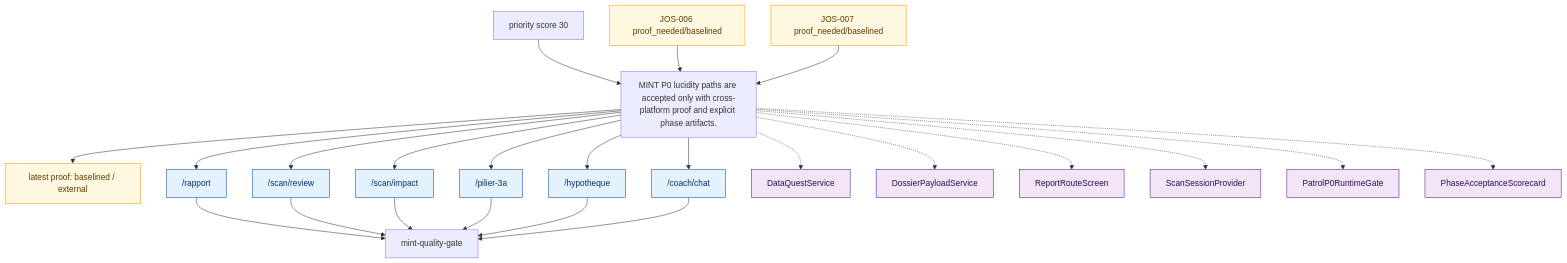
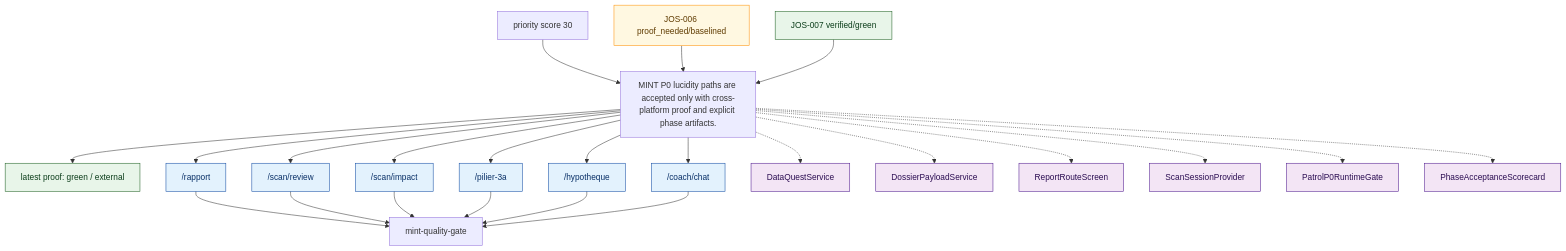
Before and after one commit to MINT-IA/MINT: the diagram in .planning/journeys/diagrams/mint_lucidity_p0_acceptance.mmd, drawn with Mermaid. The commit also changed 22 other files, not shown here.

```diff
--- a/.planning/journeys/diagrams/mint_lucidity_p0_acceptance.mmd
+++ b/.planning/journeys/diagrams/mint_lucidity_p0_acceptance.mmd
@@ -1,65 +1,65 @@
 %% Generated from .planning/journeys/records/mint_lucidity_p0_acceptance.json
 flowchart TD
   promise["MINT P0 lucidity paths are accepted only with cross-platform proof and explicit phase artifacts."]
   team["mint-quality-gate"]
-  latest["latest proof: baselined / external"]
+  latest["latest proof: green / external"]
   promise --> latest
   classDef green fill:#e8f5e9,stroke:#1b5e20,color:#0b3d1a;
   classDef red fill:#ffebee,stroke:#b71c1c,color:#5f1111;
   classDef amber fill:#fff8e1,stroke:#ff8f00,color:#5f3b00;
   classDef blocked fill:#eceff1,stroke:#455a64,color:#263238;
   classDef neutral fill:#f5f5f5,stroke:#616161,color:#212121;
   classDef route fill:#e3f2fd,stroke:#0d47a1,color:#082f66;
   classDef surface fill:#f3e5f5,stroke:#4a148c,color:#2b0d52;
   classDef api fill:#e0f2f1,stroke:#00695c,color:#003d35;
-  class latest amber
+  class latest green
   priority["priority score 30"]
   priority --> promise
   route_rapport["/rapport"]
   promise --> route_rapport
   route_rapport --> team
   class route_rapport route
   route_scan_review["/scan/review"]
   promise --> route_scan_review
   route_scan_review --> team
   class route_scan_review route
   route_scan_impact["/scan/impact"]
   promise --> route_scan_impact
   route_scan_impact --> team
   class route_scan_impact route
   route_pilier_3a["/pilier-3a"]
   promise --> route_pilier_3a
   route_pilier_3a --> team
   class route_pilier_3a route
   route_hypotheque["/hypotheque"]
   promise --> route_hypotheque
   route_hypotheque --> team
   class route_hypotheque route
   route_coach_chat["/coach/chat"]
   promise --> route_coach_chat
   route_coach_chat --> team
   class route_coach_chat route
   surface_DataQuestService["DataQuestService"]
   promise -.-> surface_DataQuestService
   class surface_DataQuestService surface
   surface_DossierPayloadService["DossierPayloadService"]
   promise -.-> surface_DossierPayloadService
   class surface_DossierPayloadService surface
   surface_ReportRouteScreen["ReportRouteScreen"]
   promise -.-> surface_ReportRouteScreen
   class surface_ReportRouteScreen surface
   surface_ScanSessionProvider["ScanSessionProvider"]
   promise -.-> surface_ScanSessionProvider
   class surface_ScanSessionProvider surface
   surface_PatrolP0RuntimeGate["PatrolP0RuntimeGate"]
   promise -.-> surface_PatrolP0RuntimeGate
   class surface_PatrolP0RuntimeGate surface
   surface_PhaseAcceptanceScorecard["PhaseAcceptanceScorecard"]
   promise -.-> surface_PhaseAcceptanceScorecard
   class surface_PhaseAcceptanceScorecard surface
   issue_JOS_006["JOS-006 proof_needed/baselined"]
   issue_JOS_006 --> promise
   class issue_JOS_006 amber
-  issue_JOS_007["JOS-007 proof_needed/baselined"]
+  issue_JOS_007["JOS-007 verified/green"]
   issue_JOS_007 --> promise
-  class issue_JOS_007 amber
+  class issue_JOS_007 green
```
